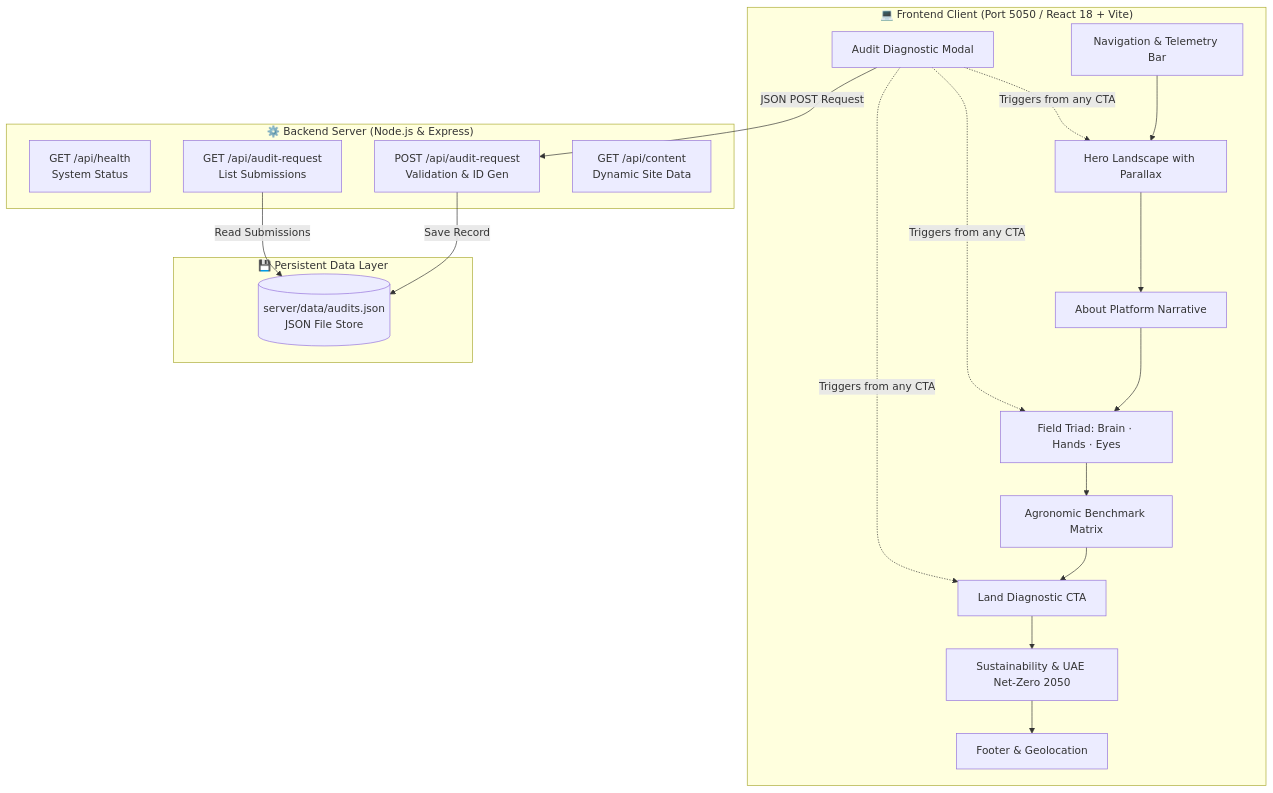
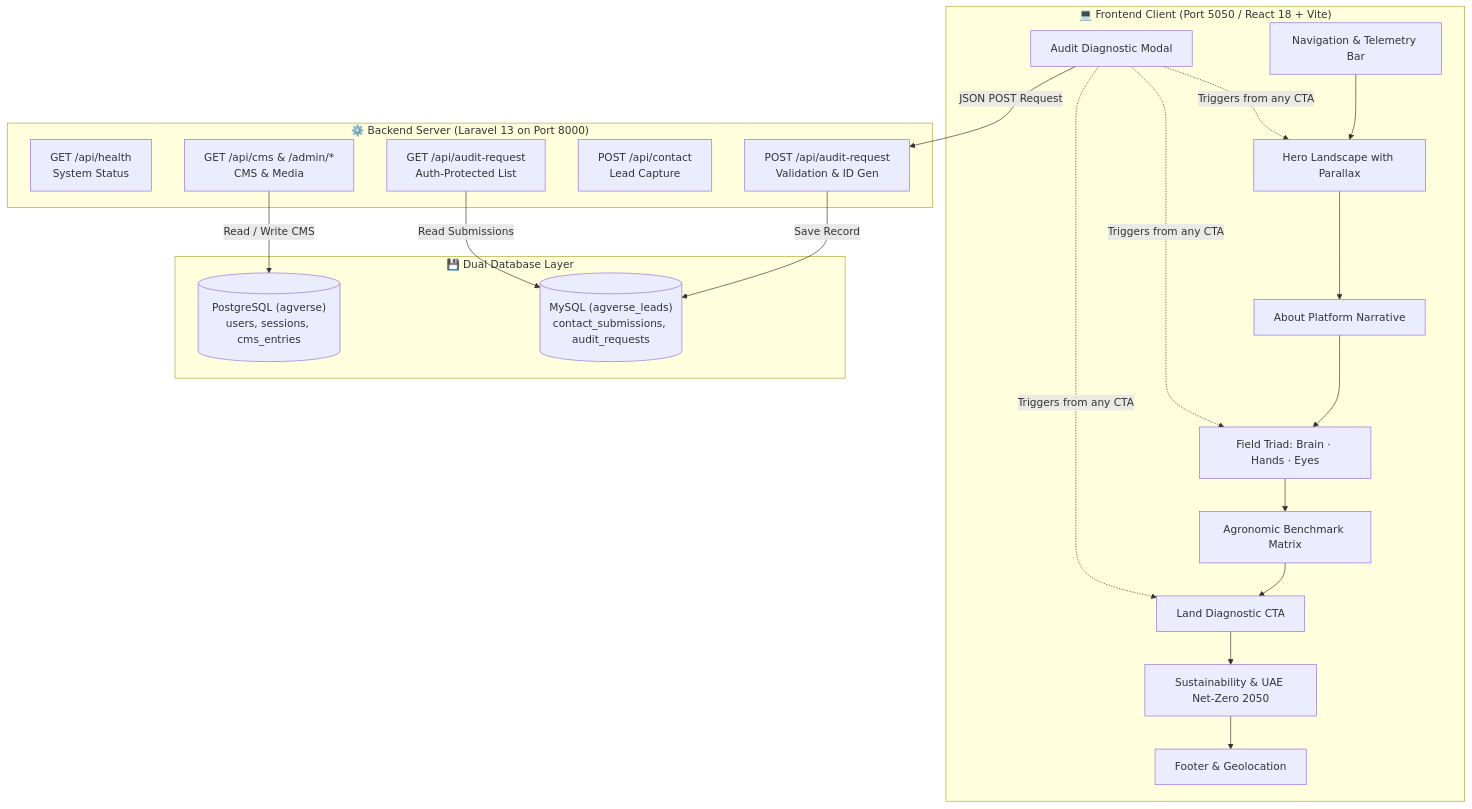
Before and after one commit to alifredowan/Agverse: the diagram in DOCUMENTATION.md, drawn with Mermaid. The commit also changed other lines of this file and 3 other files, not shown here.

````diff
--- a/DOCUMENTATION.md
+++ b/DOCUMENTATION.md
@@ -35,31 +35,34 @@
 ```mermaid
 flowchart TD
     subgraph Client["💻 Frontend Client (Port 5050 / React 18 + Vite)"]
         A[Navigation & Telemetry Bar] --> B[Hero Landscape with Parallax]
         B --> C[About Platform Narrative]
         C --> D[Field Triad: Brain · Hands · Eyes]
         D --> E[Agronomic Benchmark Matrix]
         E --> F[Land Diagnostic CTA]
         F --> G[Sustainability & UAE Net-Zero 2050]
         G --> H[Footer & Geolocation]
         
         I[Audit Diagnostic Modal] -.->|Triggers from any CTA| B
         I -.->|Triggers from any CTA| D
         I -.->|Triggers from any CTA| F
     end
 
-    subgraph Server["⚙️ Backend Server (Node.js & Express)"]
+    subgraph Server["⚙️ Backend Server (Laravel 13 on Port 8000)"]
         API_Health["GET /api/health<br/>System Status"]
         API_Audit_POST["POST /api/audit-request<br/>Validation & ID Gen"]
-        API_Audit_GET["GET /api/audit-request<br/>List Submissions"]
-        API_Content["GET /api/content<br/>Dynamic Site Data"]
+        API_Audit_GET["GET /api/audit-request<br/>Auth-Protected List"]
+        API_Contact["POST /api/contact<br/>Lead Capture"]
+        API_CMS["GET /api/cms & /admin/*<br/>CMS & Media"]
     end
 
-    subgraph Storage["💾 Persistent Data Layer"]
-        DB[("server/data/audits.json<br/>JSON File Store")]
+    subgraph Storage["💾 Dual Database Layer"]
+        PG[("PostgreSQL (agverse)<br/>users, sessions, cms_entries")]
+        MY[("MySQL (agverse_leads)<br/>contact_submissions, audit_requests")]
     end
 
     I -->|JSON POST Request| API_Audit_POST
-    API_Audit_POST -->|Save Record| DB
-    API_Audit_GET -->|Read Submissions| DB
+    API_Audit_POST -->|Save Record| MY
+    API_Audit_GET -->|Read Submissions| MY
+    API_CMS -->|Read / Write CMS| PG
 ```
````
